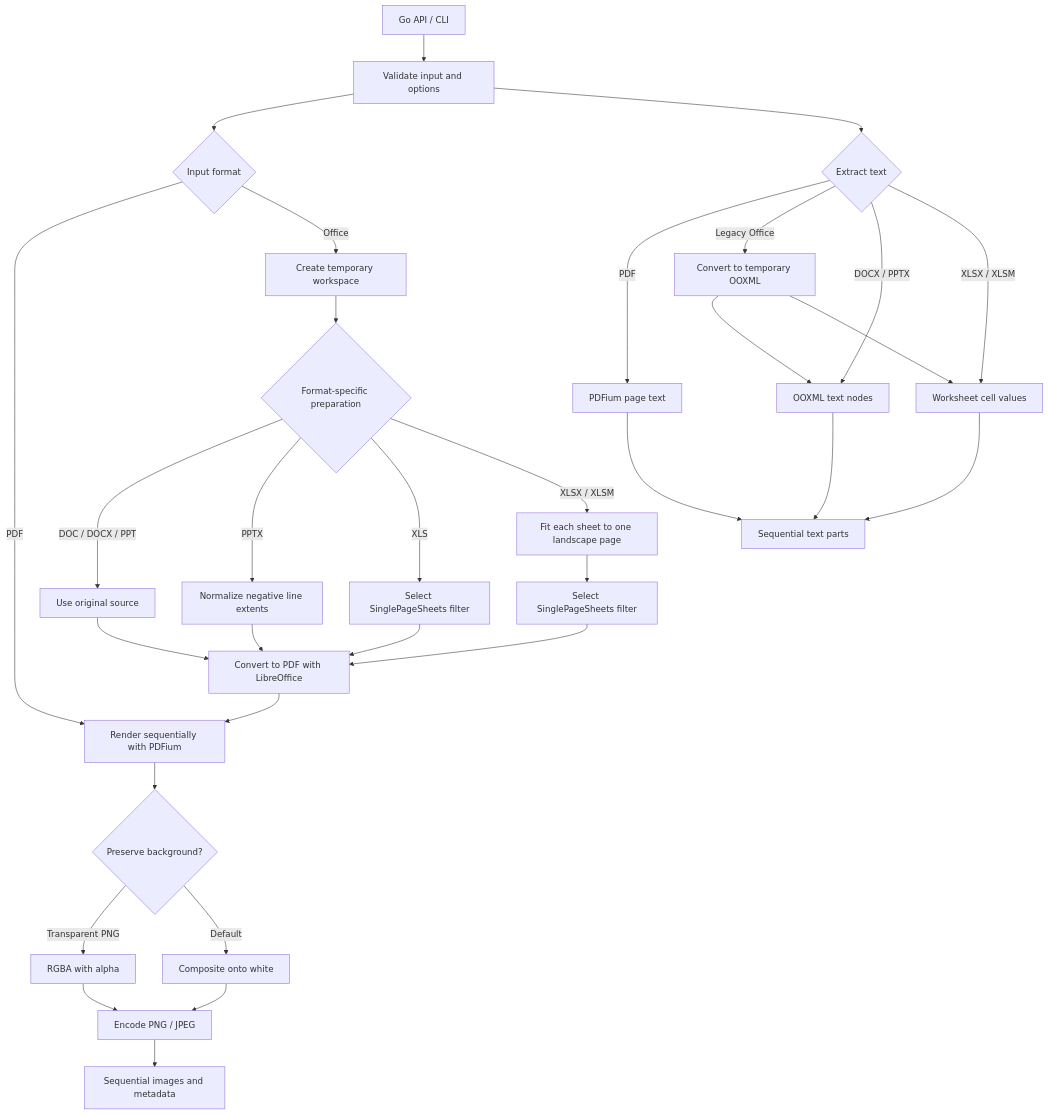
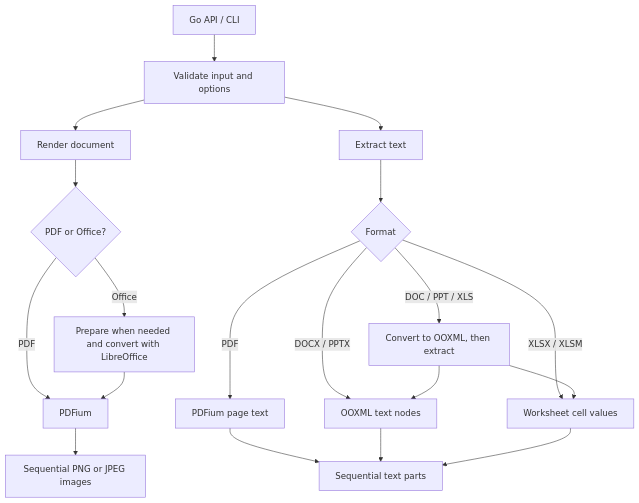
The diagram in DESIGN.md (mochizuki875/document-image-renderer), drawn with Mermaid before and after one commit. The commit also changed other lines of this file and 18 other files, not shown here.

````diff
--- a/DESIGN.md
+++ b/DESIGN.md
@@ -38,34 +29,21 @@
 ```mermaid
 flowchart TD
   caller[Go API / CLI] --> validate[Validate input and options]
-  validate --> route{Input format}
-  route -->|PDF| rasterize[Render sequentially with PDFium]
-  route -->|Office| workspace[Create temporary workspace]
-  workspace --> prepare{Format-specific preparation}
-  prepare -->|DOC / DOCX / PPT| direct[Use original source]
-  prepare -->|PPTX| pptx[Normalize negative line extents]
-  prepare -->|XLS| xls[Select SinglePageSheets filter]
-  prepare -->|XLSX / XLSM| sheets[Fit each sheet to one landscape page]
-  direct --> libreoffice[Convert to PDF with LibreOffice]
-  pptx --> libreoffice
-  xls --> libreoffice
-  sheets --> excelFilter[Select SinglePageSheets filter]
-  excelFilter --> libreoffice
-  libreoffice --> rasterize
-  rasterize --> background{Preserve background?}
-  background -->|Transparent PNG| alpha[RGBA with alpha]
-  background -->|Default| white[Composite onto white]
-  alpha --> encode[Encode PNG / JPEG]
-  white --> encode
-  encode --> images[Sequential images and metadata]
-  validate --> extractRoute{Extract text}
+  validate --> render[Render document]
+  validate --> extract[Extract text]
+  render --> renderRoute{PDF or Office?}
+  renderRoute -->|PDF| pdfium[PDFium]
+  renderRoute -->|Office| officePDF[Prepare when needed and convert with LibreOffice]
+  officePDF --> pdfium
+  pdfium --> image[Sequential PNG or JPEG images]
+  extract --> extractRoute{Format}
   extractRoute -->|PDF| pdfText[PDFium page text]
-  extractRoute -->|Legacy Office| legacyOOXML[Convert to temporary OOXML]
-  legacyOOXML --> xmlText
-  legacyOOXML --> cellText
   extractRoute -->|DOCX / PPTX| xmlText[OOXML text nodes]
-  extractRoute -->|XLSX / XLSM| cellText[Worksheet cell values]
+  extractRoute -->|XLSX / XLSM| workbookText[Worksheet cell values]
+  extractRoute -->|DOC / PPT / XLS| legacy[Convert to OOXML, then extract]
+  legacy --> xmlText
+  legacy --> workbookText
   pdfText --> textParts[Sequential text parts]
   xmlText --> textParts
-  cellText --> textParts
+  workbookText --> textParts
 ```
````
